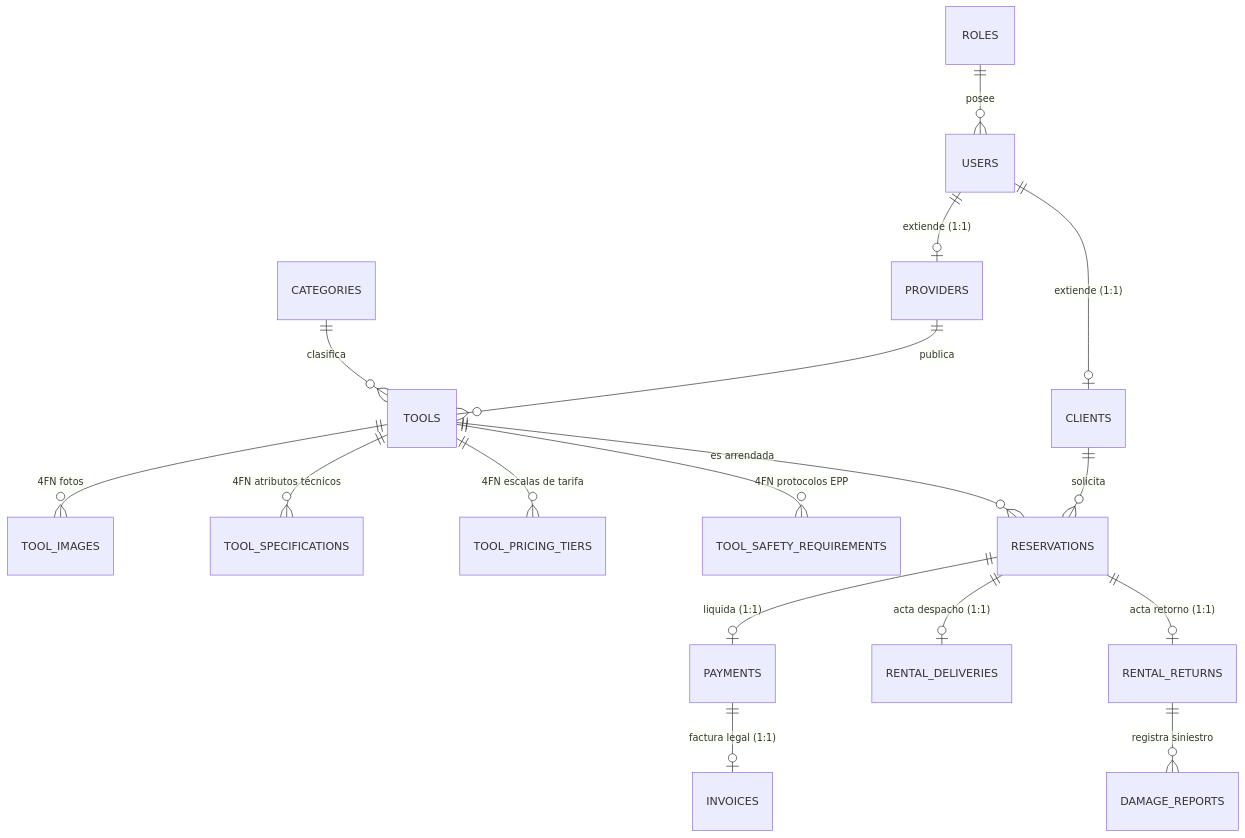
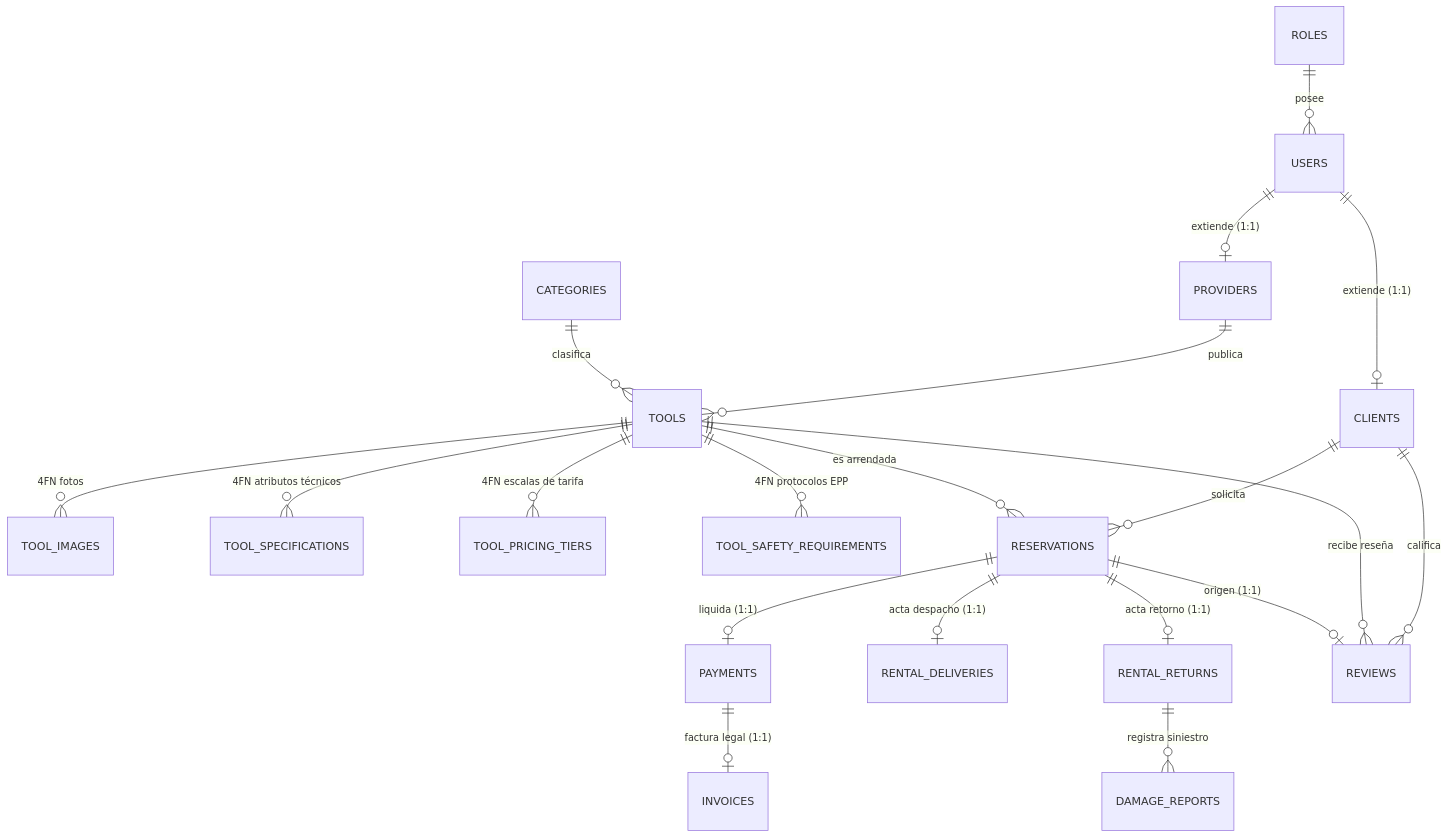
Before and after one commit to Jsebastiansalas/proyecto-springboot: the second of 2 diagrams in README.md, drawn with Mermaid. The commit also changed other lines of this file and 238 other files, not shown here.

````diff
--- a/README.md
+++ b/README.md
@@ -59,23 +66,27 @@
 ```mermaid
 erDiagram
     ROLES ||--o{ USERS : "posee"
     USERS ||--o| CLIENTS : "extiende (1:1)"
     USERS ||--o| PROVIDERS : "extiende (1:1)"
     PROVIDERS ||--o{ TOOLS : "publica"
     CATEGORIES ||--o{ TOOLS : "clasifica"
     
     TOOLS ||--o{ TOOL_IMAGES : "4FN fotos"
     TOOLS ||--o{ TOOL_SPECIFICATIONS : "4FN atributos técnicos"
     TOOLS ||--o{ TOOL_PRICING_TIERS : "4FN escalas de tarifa"
     TOOLS ||--o{ TOOL_SAFETY_REQUIREMENTS : "4FN protocolos EPP"
     
     CLIENTS ||--o{ RESERVATIONS : "solicita"
     TOOLS ||--o{ RESERVATIONS : "es arrendada"
     
     RESERVATIONS ||--o| PAYMENTS : "liquida (1:1)"
     PAYMENTS ||--o| INVOICES : "factura legal (1:1)"
     
     RESERVATIONS ||--o| RENTAL_DELIVERIES : "acta despacho (1:1)"
     RESERVATIONS ||--o| RENTAL_RETURNS : "acta retorno (1:1)"
     RENTAL_RETURNS ||--o{ DAMAGE_REPORTS : "registra siniestro"
+
+    CLIENTS ||--o{ REVIEWS : "califica"
+    TOOLS ||--o{ REVIEWS : "recibe reseña"
+    RESERVATIONS ||--o| REVIEWS : "origen (1:1)"
 ```
````
